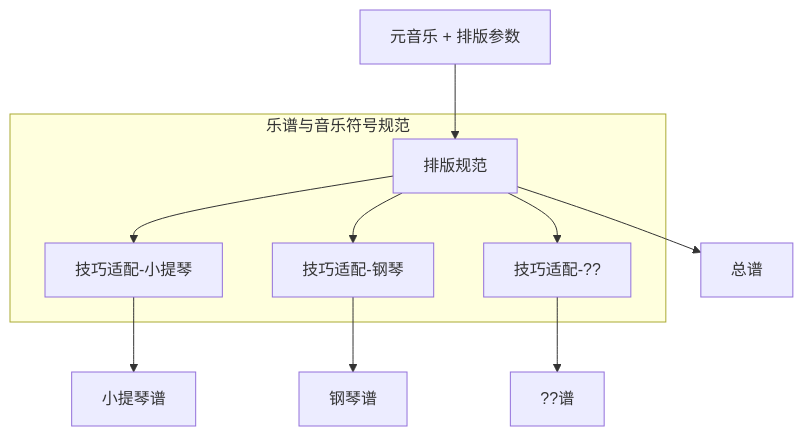
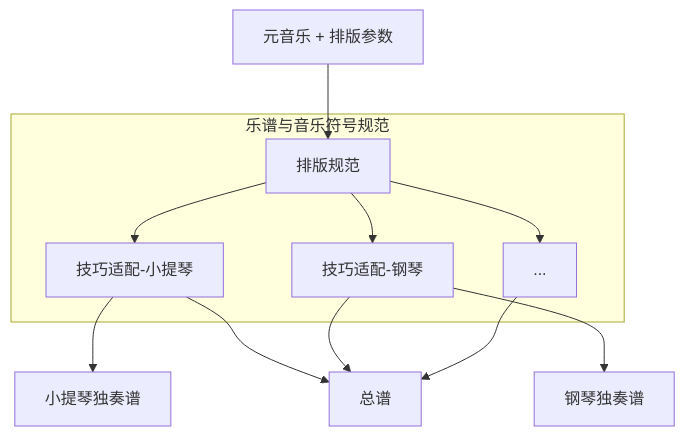
One commit to PabulumExpress/music-notation-specification changed the second of 2 diagrams in README.md. Above: the diagram before and after it, drawn with Mermaid. The commit also changed other lines of this file and 3 other files, not shown here.

````diff
--- a/README.md
+++ b/README.md
@@ -53,13 +46,14 @@
 ```mermaid
 graph TD;
   A[元音乐 + 排版参数]-->B[排版规范]
   subgraph 乐谱与音乐符号规范
   B-->C[技巧适配-小提琴]
   B-->D[技巧适配-钢琴]
-  B-->H[技巧适配-??]
+  B-->H[...]
   end
-  B-->E[总谱]
-  C-->F[小提琴谱]
-  D-->G[钢琴谱]
-  H-->I[??谱]
+  C-->G[小提琴独奏谱]
+  D-->I[钢琴独奏谱]
+  C-->E[总谱]
+  D-->E
+  H-->E
 ```
````
